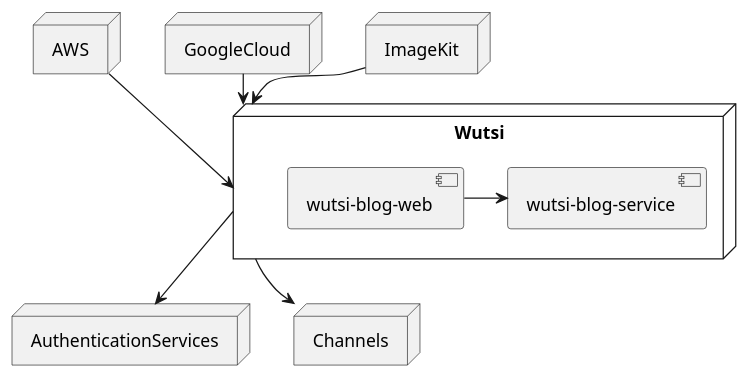
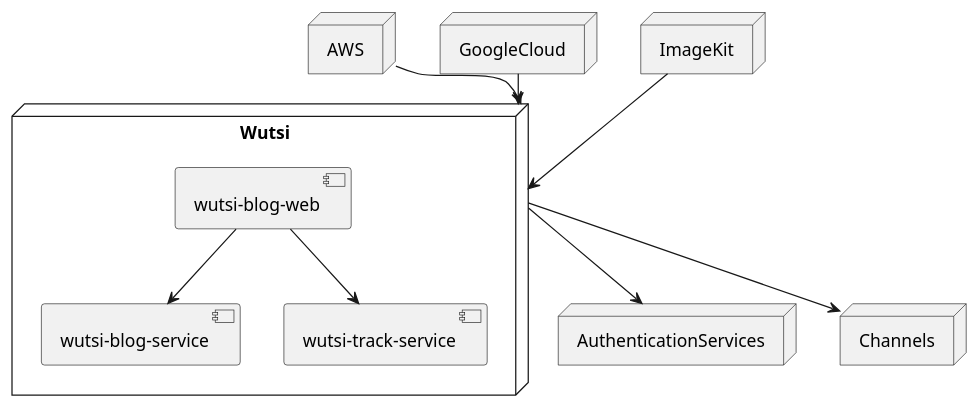
The diagram in architecture/README.md (wutsi/wutsi.github.io), drawn with PlantUML before and after one commit. The commit also changed other lines of this file, not shown here.

````diff
--- a/architecture/README.md
+++ b/architecture/README.md
@@ -5,25 +5,27 @@
 ```plantuml
 @startuml
 
 node Wutsi {
     [wutsi-blog-web] 
     [wutsi-blog-service]
+    [wutsi-track-service]
 }
 
 node AWS
 node AuthenticationServices
 node GoogleCloud
 node ImageKit
 node Channels
 
 
 GoogleCloud --> Wutsi 
 AWS --> Wutsi
 Wutsi --> AuthenticationServices
 Wutsi --> Channels
 ImageKit --> Wutsi
 
-[wutsi-blog-web] -> [wutsi-blog-service]
+[wutsi-blog-web] --> [wutsi-blog-service]
+[wutsi-blog-web] --> [wutsi-track-service]
 
 @enduml
 ```
````
